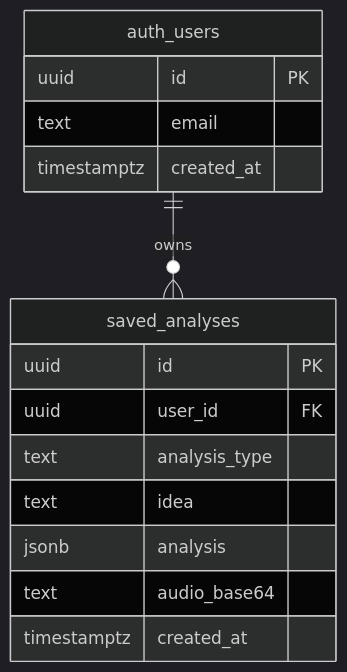
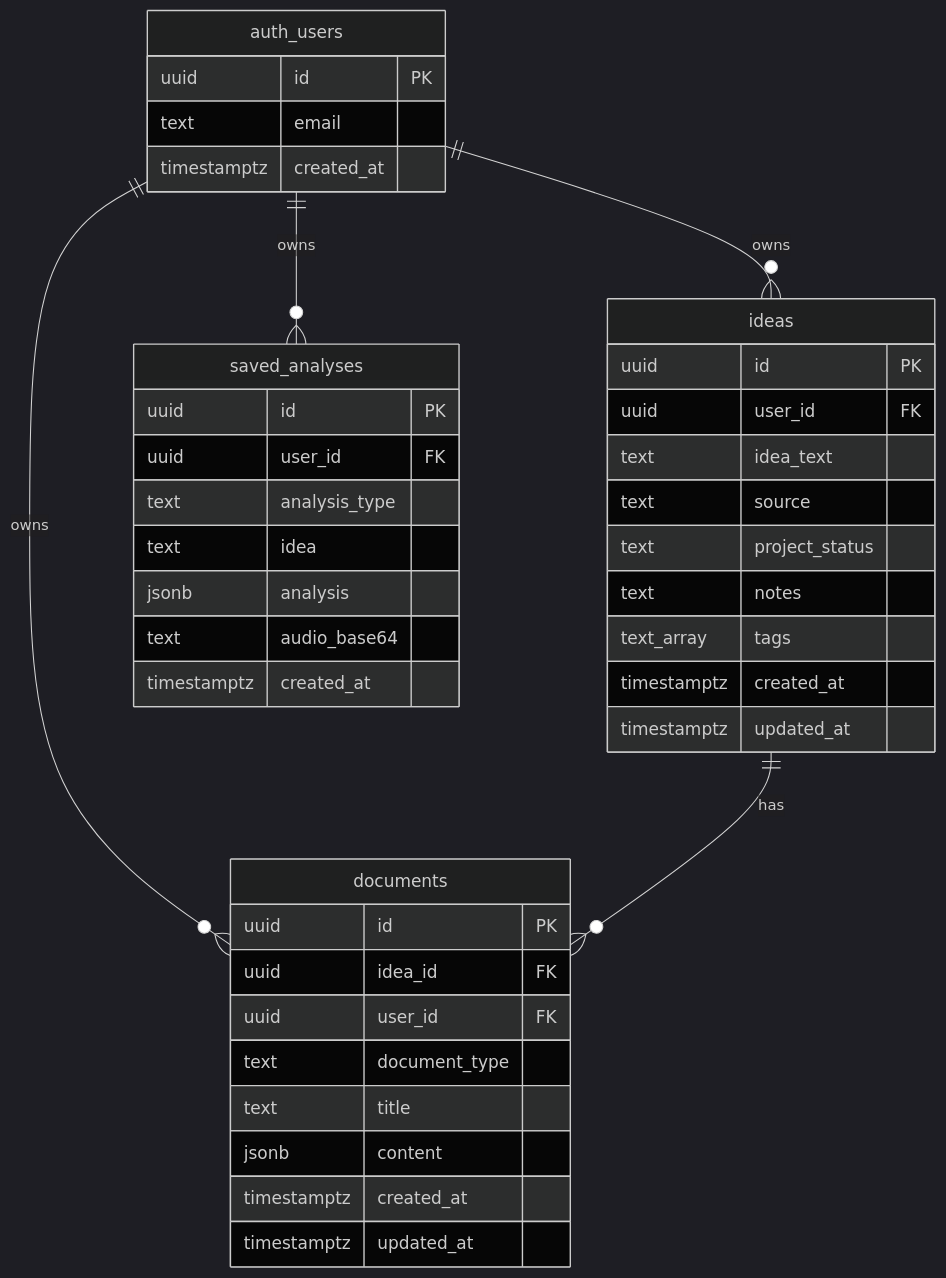
Before and after one commit to llamojha/no-vibe-no-code-kiroween: the diagram in docs/DATABASE_SCHEMA.md, drawn with Mermaid (dark theme). The commit also changed other lines of this file and 46 other files, not shown here.

````diff
--- a/docs/DATABASE_SCHEMA.md
+++ b/docs/DATABASE_SCHEMA.md
@@ -196,20 +450,46 @@
 ```mermaid
 erDiagram
+    auth_users ||--o{ ideas : "owns"
+    auth_users ||--o{ documents : "owns"
     auth_users ||--o{ saved_analyses : "owns"
+    ideas ||--o{ documents : "has"
 
     auth_users {
         uuid id PK
         text email
         timestamptz created_at
+    }
+
+    ideas {
+        uuid id PK
+        uuid user_id FK
+        text idea_text
+        text source
+        text project_status
+        text notes
+        text_array tags
+        timestamptz created_at
+        timestamptz updated_at
+    }
+
+    documents {
+        uuid id PK
+        uuid idea_id FK
+        uuid user_id FK
+        text document_type
+        text title
+        jsonb content
+        timestamptz created_at
+        timestamptz updated_at
     }
 
     saved_analyses {
         uuid id PK
         uuid user_id FK
         text analysis_type
         text idea
         jsonb analysis
         text audio_base64
         timestamptz created_at
     }
 ```
````
